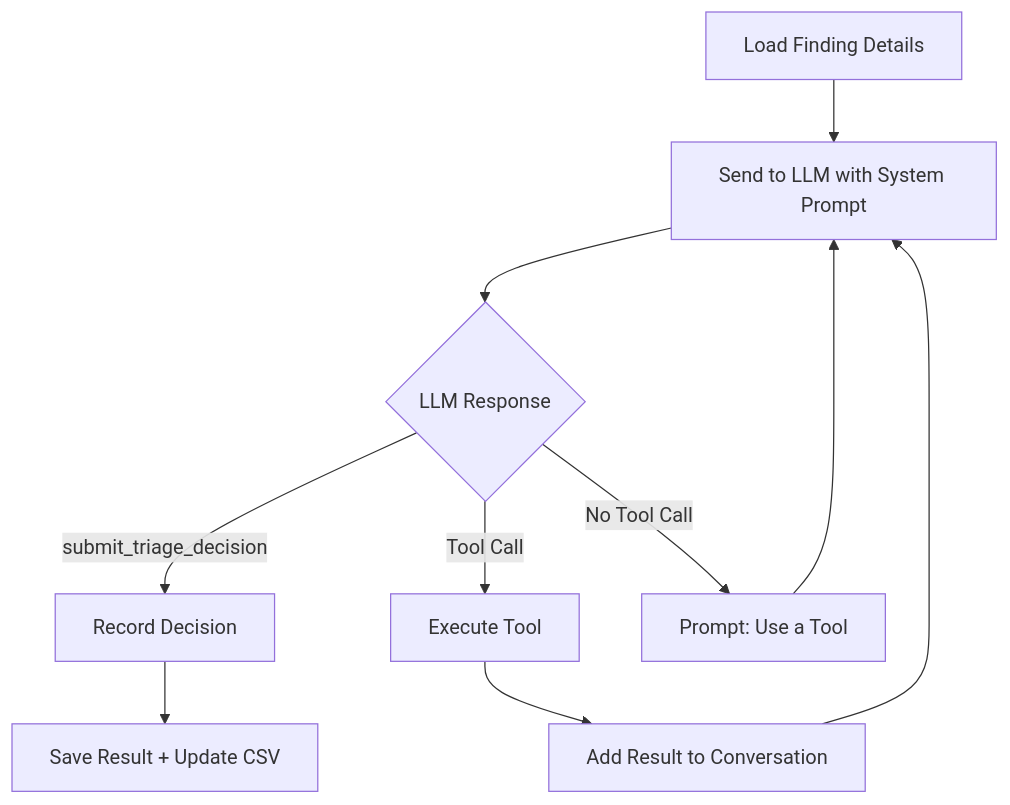
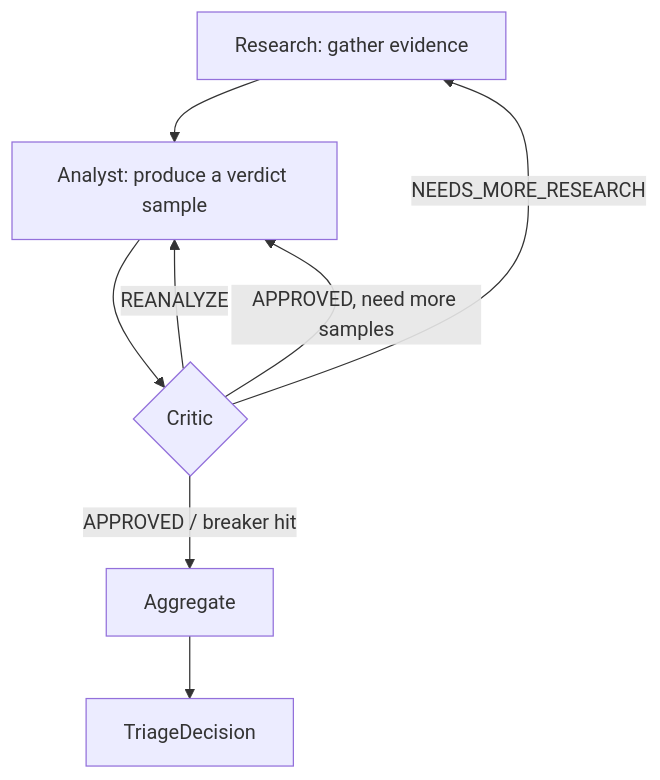
The second of 3 diagrams in docs/architecture.md (random-456/sast-triage-agent), drawn with Mermaid before and after one commit. The commit also changed other lines of this file and 6 other files, not shown here.

First line of the commit message:
feat(agent): cut the per-finding flow over to the LangGraph subgraph

````diff
--- a/docs/architecture.md
+++ b/docs/architecture.md
@@ -54,12 +56,10 @@
 ```mermaid
 flowchart TD
-    A[Load Finding Details] --> B[Send to LLM with System Prompt]
-    B --> C{LLM Response}
-    C -->|Tool Call| D[Execute Tool]
-    D --> E[Add Result to Conversation]
-    E --> B
-    C -->|submit_triage_decision| F[Record Decision]
-    C -->|No Tool Call| G[Prompt: Use a Tool]
-    G --> B
-    F --> H[Save Result + Update CSV]
+    R[Research: gather evidence] --> A[Analyst: produce a verdict sample]
+    A --> CR{Critic}
+    CR -->|NEEDS_MORE_RESEARCH| R
+    CR -->|REANALYZE| A
+    CR -->|APPROVED, need more samples| A
+    CR -->|APPROVED / breaker hit| AG[Aggregate]
+    AG --> F[TriageDecision]
 ```
````
